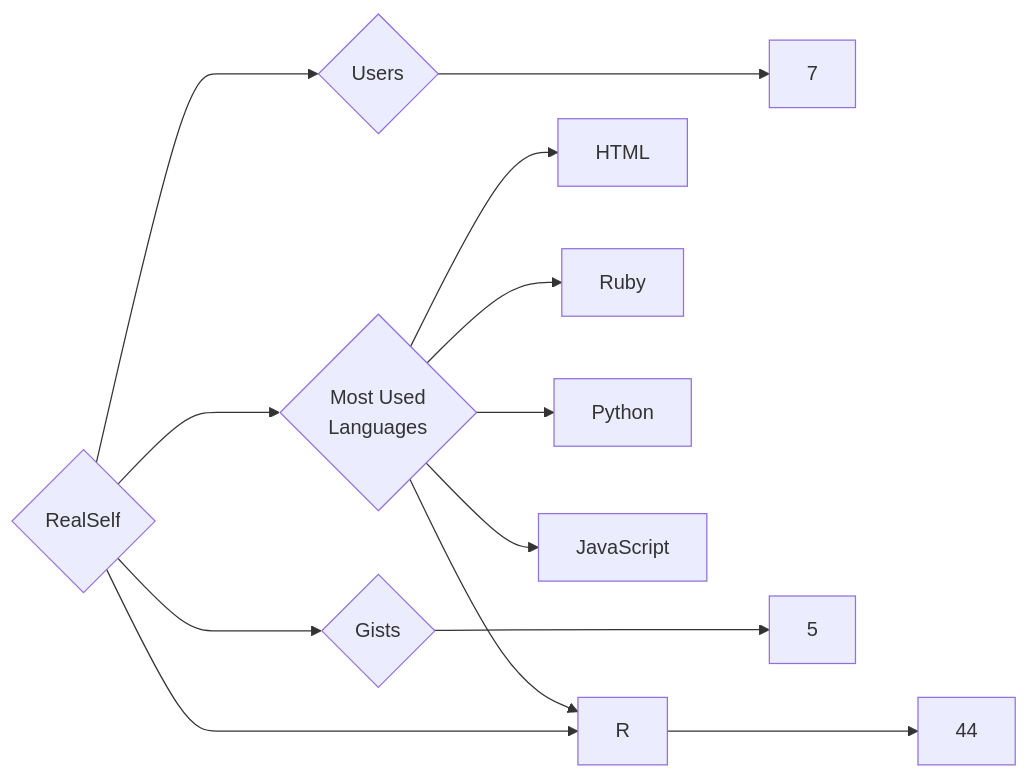
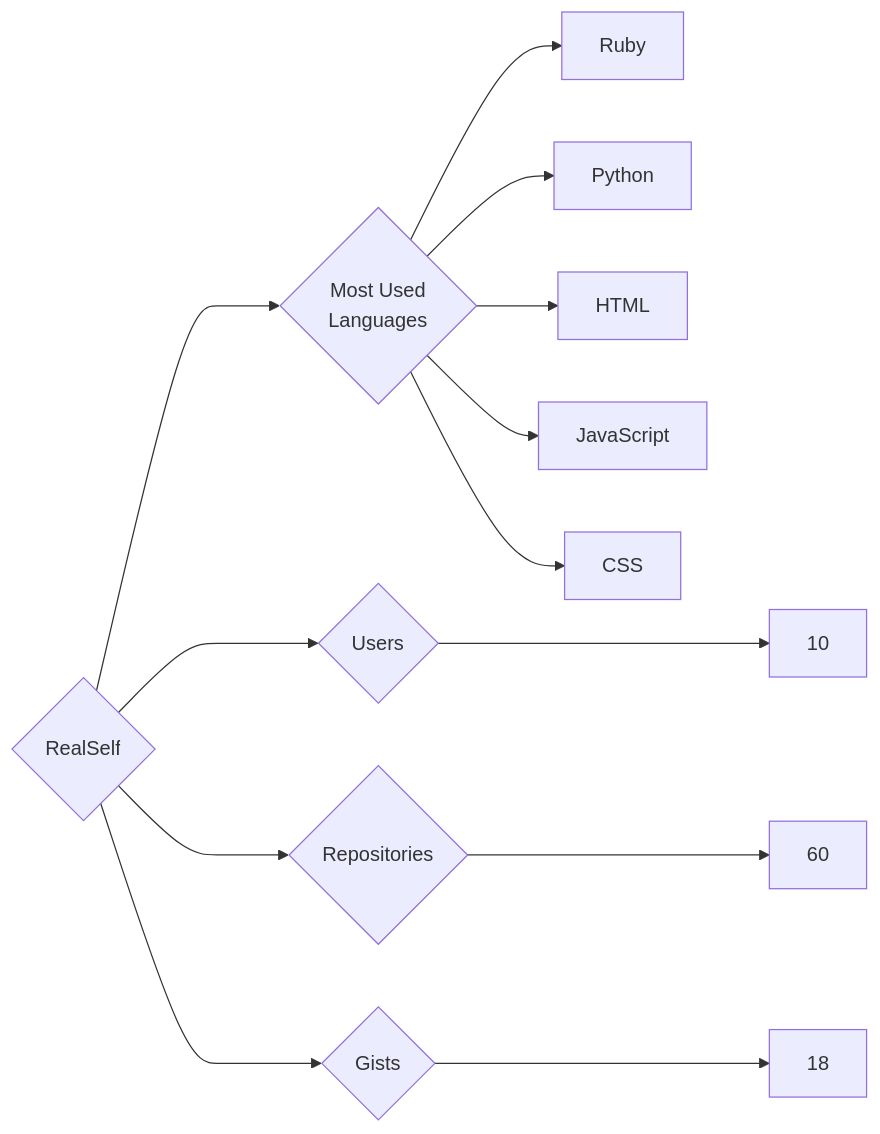
Before and after one commit to trickest/insiders: the diagram in targets/RealSelf/README.md, drawn with Mermaid. The commit also changed 886 other files, not shown here.

````diff
--- a/targets/RealSelf/README.md
+++ b/targets/RealSelf/README.md
@@ -3,13 +3,13 @@
 ```mermaid
 graph LR
 COMPANY_NAME{RealSelf}
-COMPANY_NAME ---> U{Users} ---> UN[7]
-COMPANY_NAME ---> R{Repositories} ---> RN[44]
-COMPANY_NAME ---> G{Gists} ---> GN[5]
+COMPANY_NAME ---> U{Users} ---> UN[10]
+COMPANY_NAME ---> R{Repositories} ---> RN[60]
+COMPANY_NAME ---> G{Gists} ---> GN[18]
 COMPANY_NAME ---> ML{Most Used<br>Languages}
-ML --> HTML[HTML]
 ML --> Ruby[Ruby]
 ML --> Python[Python]
+ML --> HTML[HTML]
 ML --> JavaScript[JavaScript]
-ML --> R[R]
+ML --> CSS[CSS]
 ```
````
